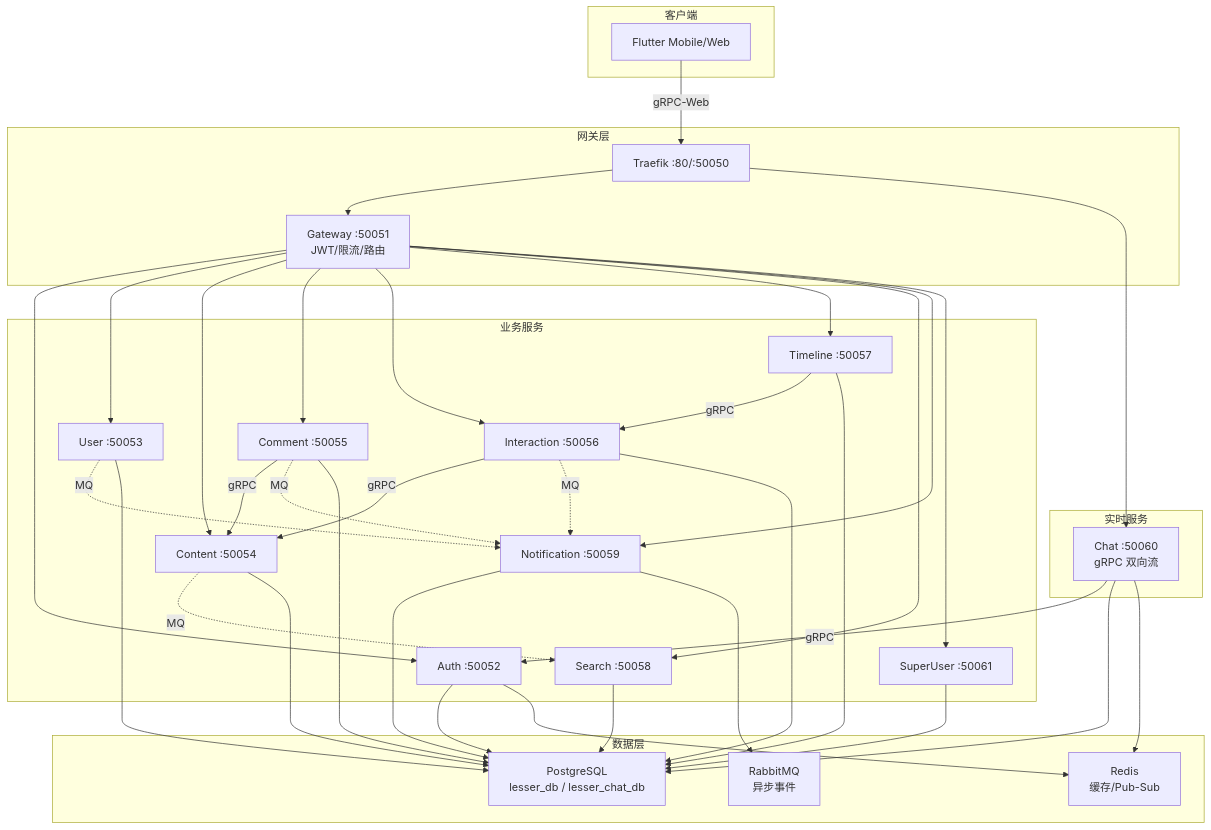
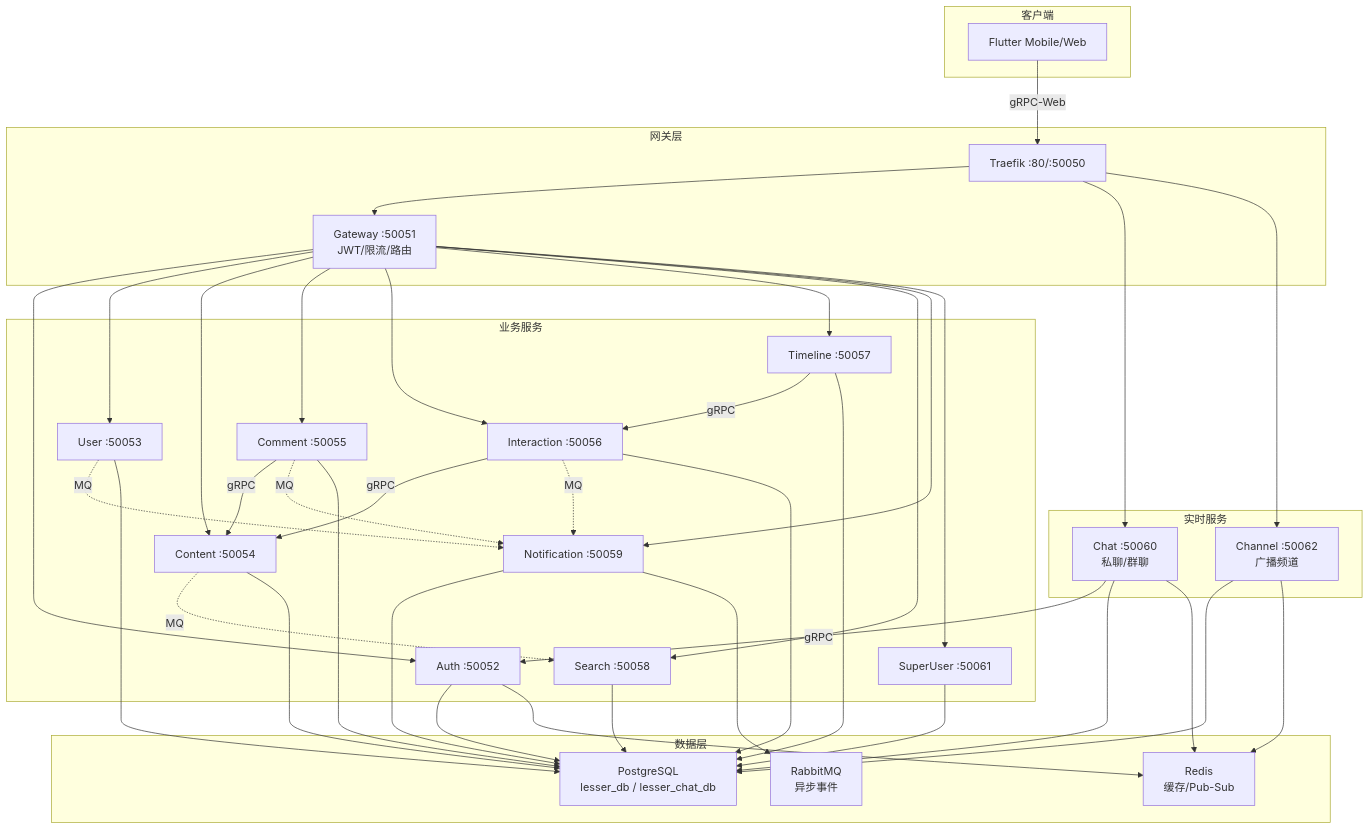
One commit to funcdfs/lesser changed the first of 2 diagrams in .kiro/steering/structure.md. Above: the diagram before and after it, drawn with Mermaid. The commit also changed other lines of this file and 243 other files, not shown here.

````diff
--- a/.kiro/steering/structure.md
+++ b/.kiro/steering/structure.md
@@ -5,70 +5,74 @@
 ```mermaid
 graph TB
     subgraph Client["客户端"]
         Flutter["Flutter Mobile/Web"]
     end
 
     subgraph Gateway["网关层"]
         Traefik["Traefik :80/:50050"]
         GW["Gateway :50051<br/>JWT/限流/路由"]
     end
 
     subgraph Services["业务服务"]
         Auth["Auth :50052"]
         User["User :50053"]
         Content["Content :50054"]
         Comment["Comment :50055"]
         Interaction["Interaction :50056"]
         Timeline["Timeline :50057"]
         Search["Search :50058"]
         Notification["Notification :50059"]
         SuperUser["SuperUser :50061"]
     end
 
     subgraph Realtime["实时服务"]
-        Chat["Chat :50060<br/>gRPC 双向流"]
+        Chat["Chat :50060<br/>私聊/群聊"]
+        Channel["Channel :50062<br/>广播频道"]
     end
 
     subgraph Data["数据层"]
         PG["PostgreSQL<br/>lesser_db / lesser_chat_db"]
         Redis["Redis<br/>缓存/Pub-Sub"]
         MQ["RabbitMQ<br/>异步事件"]
     end
 
     Flutter -->|gRPC-Web| Traefik
     Traefik --> GW
     Traefik --> Chat
+    Traefik --> Channel
     GW --> Auth
     GW --> User
     GW --> Content
     GW --> Comment
     GW --> Interaction
     GW --> Timeline
     GW --> Search
     GW --> Notification
     GW --> SuperUser
 
     Comment -->|gRPC| Content
     Interaction -->|gRPC| Content
     Timeline -->|gRPC| Interaction
     Chat -->|gRPC| Auth
 
     Comment -.->|MQ| Notification
     Interaction -.->|MQ| Notification
     User -.->|MQ| Notification
     Content -.->|MQ| Search
 
     Auth --> PG
     Auth --> Redis
     User --> PG
     Content --> PG
     Interaction --> PG
     Comment --> PG
     Timeline --> PG
     Search --> PG
     Notification --> PG
     Notification --> MQ
     Chat --> PG
     Chat --> Redis
+    Channel --> PG
+    Channel --> Redis
     SuperUser --> PG
 ```
````
